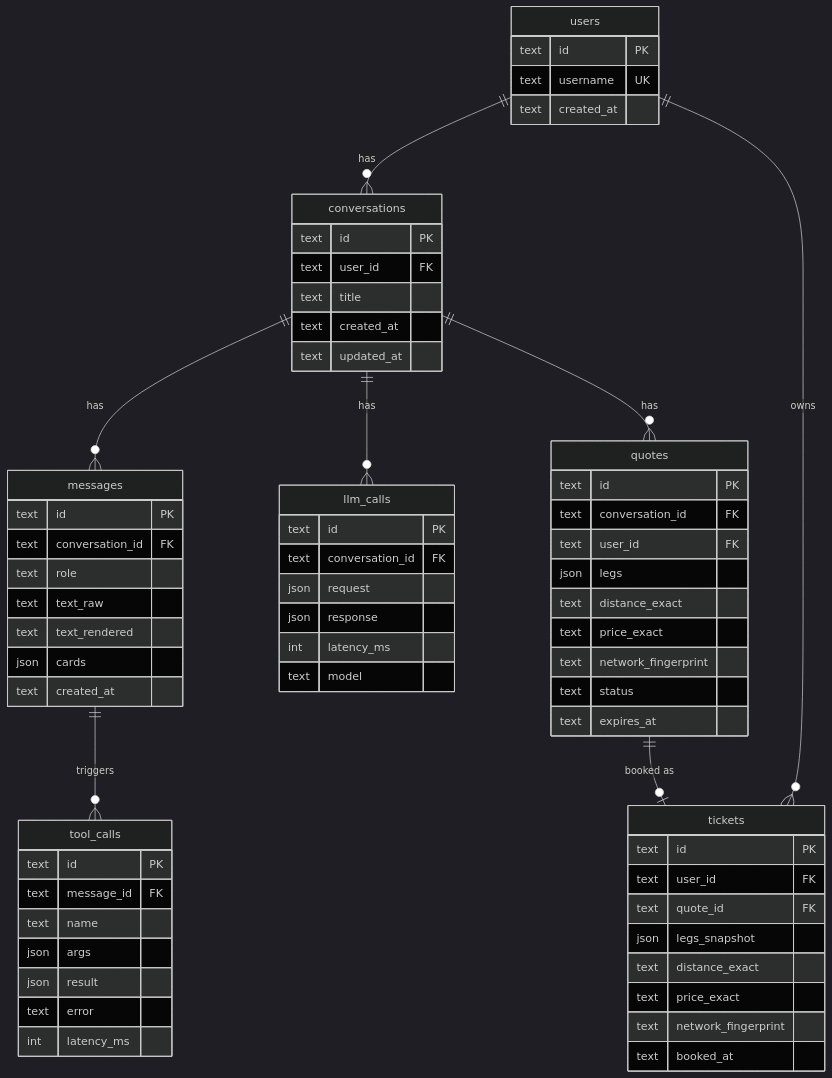
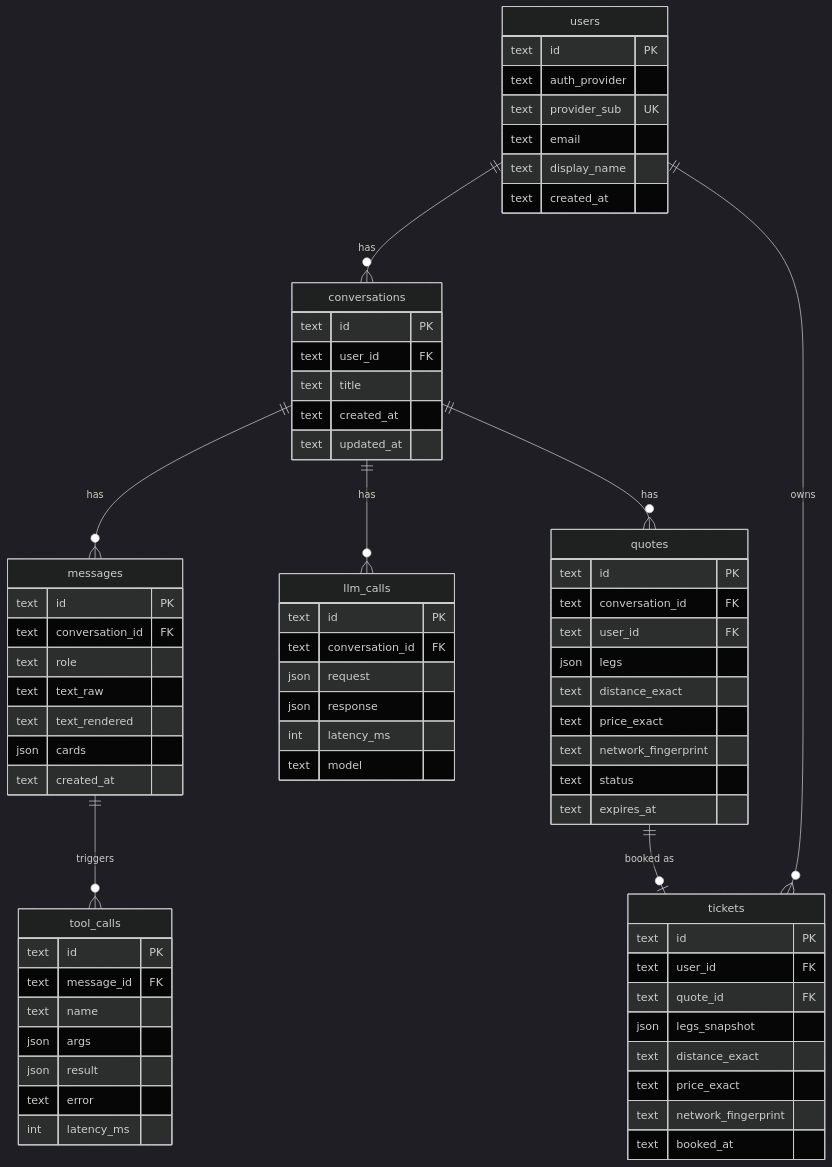
The sixth of 6 diagrams in docs/design/design.md (chux0519/ocean-above), drawn with Mermaid (dark theme) before and after one commit. The commit also changed other lines of this file and 1 other file, not shown here.

````diff
--- a/docs/design/design.md
+++ b/docs/design/design.md
@@ -321,70 +353,73 @@
 ```mermaid
 erDiagram
   users ||--o{ conversations : has
   conversations ||--o{ messages : has
   conversations ||--o{ llm_calls : has
   messages ||--o{ tool_calls : triggers
   conversations ||--o{ quotes : has
   quotes ||--o| tickets : "booked as"
   users ||--o{ tickets : owns
 
   users {
     text id PK
-    text username UK
+    text auth_provider
+    text provider_sub UK
+    text email
+    text display_name
     text created_at
   }
   conversations {
     text id PK
     text user_id FK
     text title
     text created_at
     text updated_at
   }
   messages {
     text id PK
     text conversation_id FK
     text role
     text text_raw
     text text_rendered
     json cards
     text created_at
   }
   llm_calls {
     text id PK
     text conversation_id FK
     json request
     json response
     int latency_ms
     text model
   }
   tool_calls {
     text id PK
     text message_id FK
     text name
     json args
     json result
     text error
     int latency_ms
   }
   quotes {
     text id PK
     text conversation_id FK
     text user_id FK
     json legs
     text distance_exact
     text price_exact
     text network_fingerprint
     text status
     text expires_at
   }
   tickets {
     text id PK
     text user_id FK
     text quote_id FK
     json legs_snapshot
     text distance_exact
     text price_exact
     text network_fingerprint
     text booked_at
   }
 ```
````
